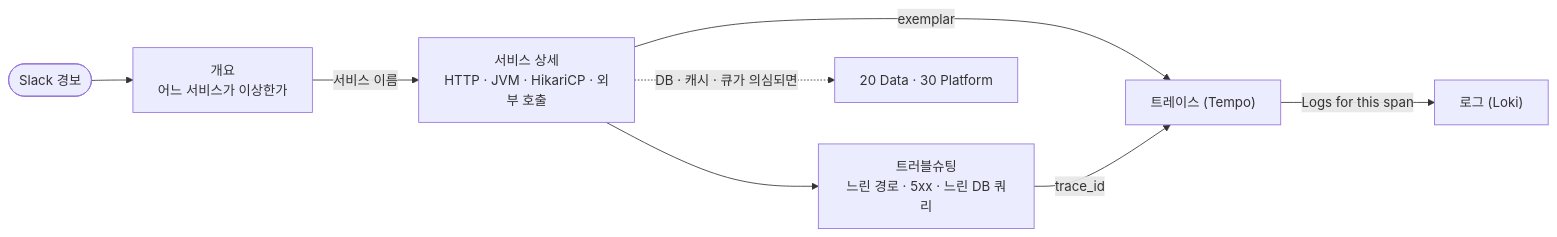
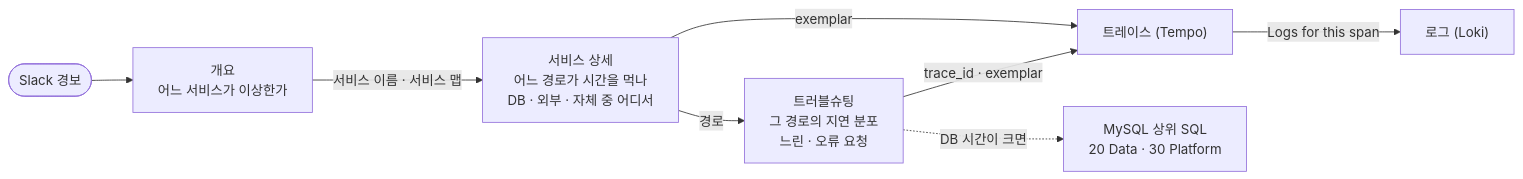
One commit to Grandis-2/nova-infra changed the fourth of 4 diagrams in terraform/aws/monitoring/lgtm/nova_apnortheast2/config/README.md. Above: the diagram before and after it, drawn with Mermaid. The commit also changed other lines of this file and 2 other files, not shown here.

Commit message:
feat(monitoring): APM 서비스 페이지 · 트러블슈팅 흐름 재설계 (NV-538)

````diff
--- a/terraform/aws/monitoring/lgtm/nova_apnortheast2/config/README.md
+++ b/terraform/aws/monitoring/lgtm/nova_apnortheast2/config/README.md
@@ -155,10 +155,10 @@
 ```mermaid
 flowchart LR
   alert(["Slack 경보"]) --> ov["개요<br/>어느 서비스가 이상한가"]
-  ov -- "서비스 이름" --> svc["서비스 상세<br/>HTTP · JVM · HikariCP · 외부 호출"]
-  svc --> ts["트러블슈팅<br/>느린 경로 · 5xx · 느린 DB 쿼리"]
+  ov -- "서비스 이름 · 서비스 맵" --> svc["서비스 상세<br/>어느 경로가 시간을 먹나<br/>DB · 외부 · 자체 중 어디서"]
+  svc -- "경로" --> ts["트러블슈팅<br/>그 경로의 지연 분포<br/>느린 · 오류 요청"]
   svc -- "exemplar" --> trace["트레이스 (Tempo)"]
-  ts -- "trace_id" --> trace
+  ts -- "trace_id · exemplar" --> trace
   trace -- "Logs for this span" --> log["로그 (Loki)"]
-  svc -. "DB · 캐시 · 큐가 의심되면" .-> data["20 Data · 30 Platform"]
+  ts -. "DB 시간이 크면" .-> data["MySQL 상위 SQL<br/>20 Data · 30 Platform"]
 ```
````
